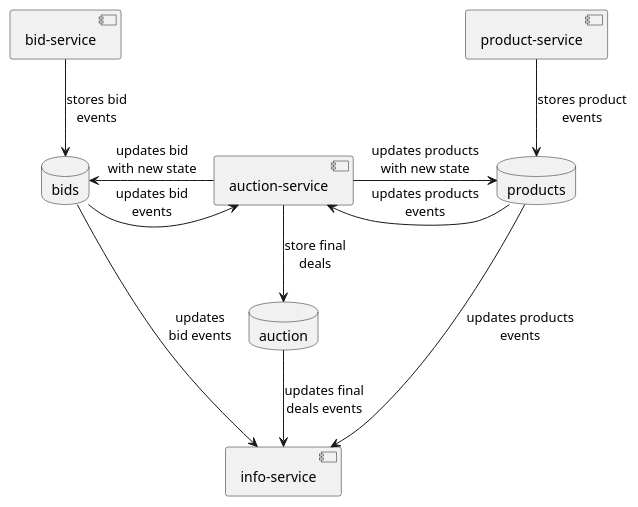
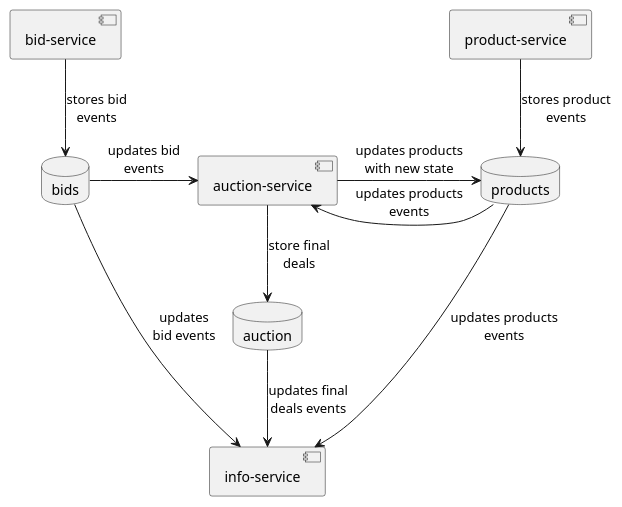
The diagram in docs/assets/arch-1.pu (FilipeMCruzBJSS/action-hunters), drawn with PlantUML before and after one commit. The commit also changed 1 other file, not shown here.

Commit message:
Update higher level arch diagram

```diff
--- a/docs/assets/arch-1.pu
+++ b/docs/assets/arch-1.pu
@@ -1,38 +1,36 @@
 @startuml arch-1
 
 component "bid-service" as BIDS
 
 database "bids" as BIDS_TOPIC
 
 BIDS --> BIDS_TOPIC: stores bid\nevents
 
 component "auction-service" as AUCTION
 
 database "auction" as AUCTION_TOPIC
 
 AUCTION --> AUCTION_TOPIC: store final\ndeals
 
 BIDS_TOPIC -> AUCTION: updates bid\nevents
-
-BIDS_TOPIC <- AUCTION: updates bid\nwith new state
 
 component "product-service" as PRODUCT
 
 database "products" as PRODUCT_TOPIC
 
 PRODUCT --> PRODUCT_TOPIC: stores product\nevents
 
 AUCTION -> PRODUCT_TOPIC: updates products\nwith new state
 
 AUCTION <- PRODUCT_TOPIC: updates products\nevents
 
 component "info-service" as INFO
 
 BIDS_TOPIC --> INFO: updates\nbid events
 
 PRODUCT_TOPIC ---> INFO: updates products\nevents
 
 AUCTION_TOPIC --> INFO: updates final\ndeals events
 
 
 @enduml
```
